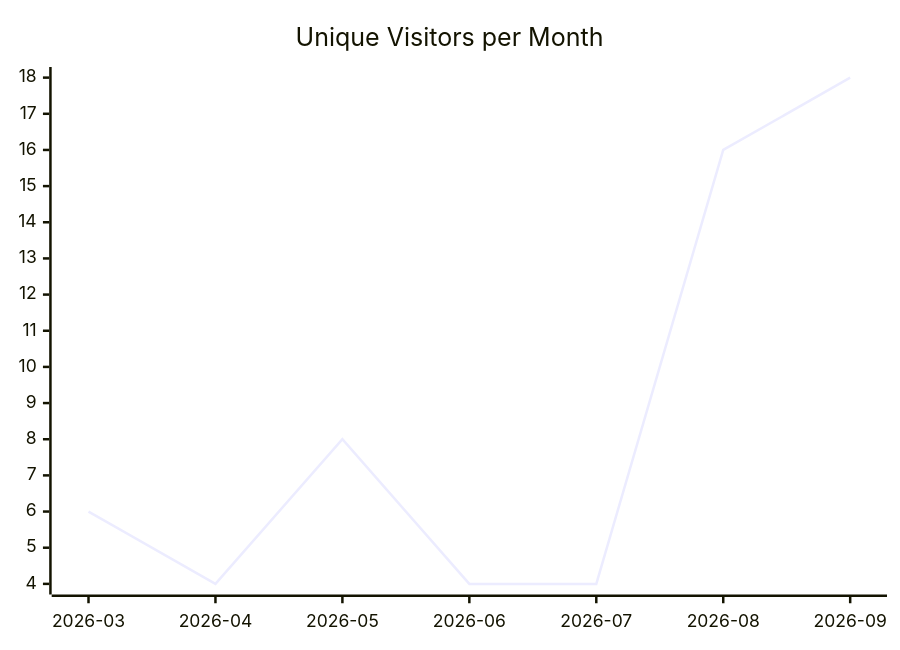
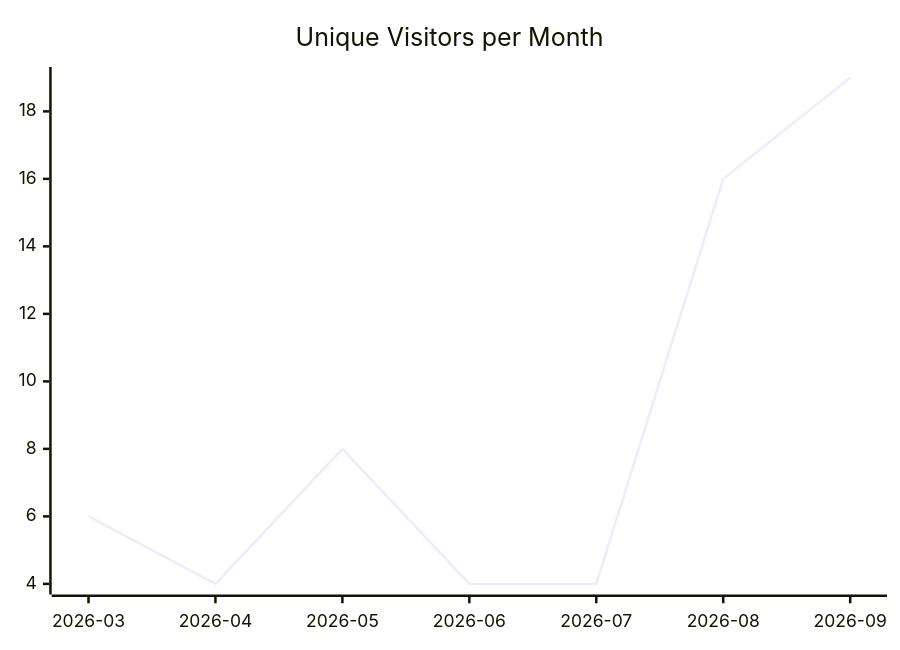
The first of 3 diagrams in karlmdavis/xmlpull/README.md (justdavis-family/github-analytics-data), drawn with Mermaid before and after one commit. The commit also changed other lines of this file and 189 other files, not shown here.

````diff
--- a/karlmdavis/xmlpull/README.md
+++ b/karlmdavis/xmlpull/README.md
@@ -5,6 +5,6 @@
 ```mermaid
 xychart-beta
   title "Unique Visitors per Month"
   x-axis ["2026-03", "2026-04", "2026-05", "2026-06", "2026-07", "2026-08", "2026-09"]
-  line [6, 4, 8, 4, 4, 16, 18]
+  line [6, 4, 8, 4, 4, 16, 19]
 ```
````
